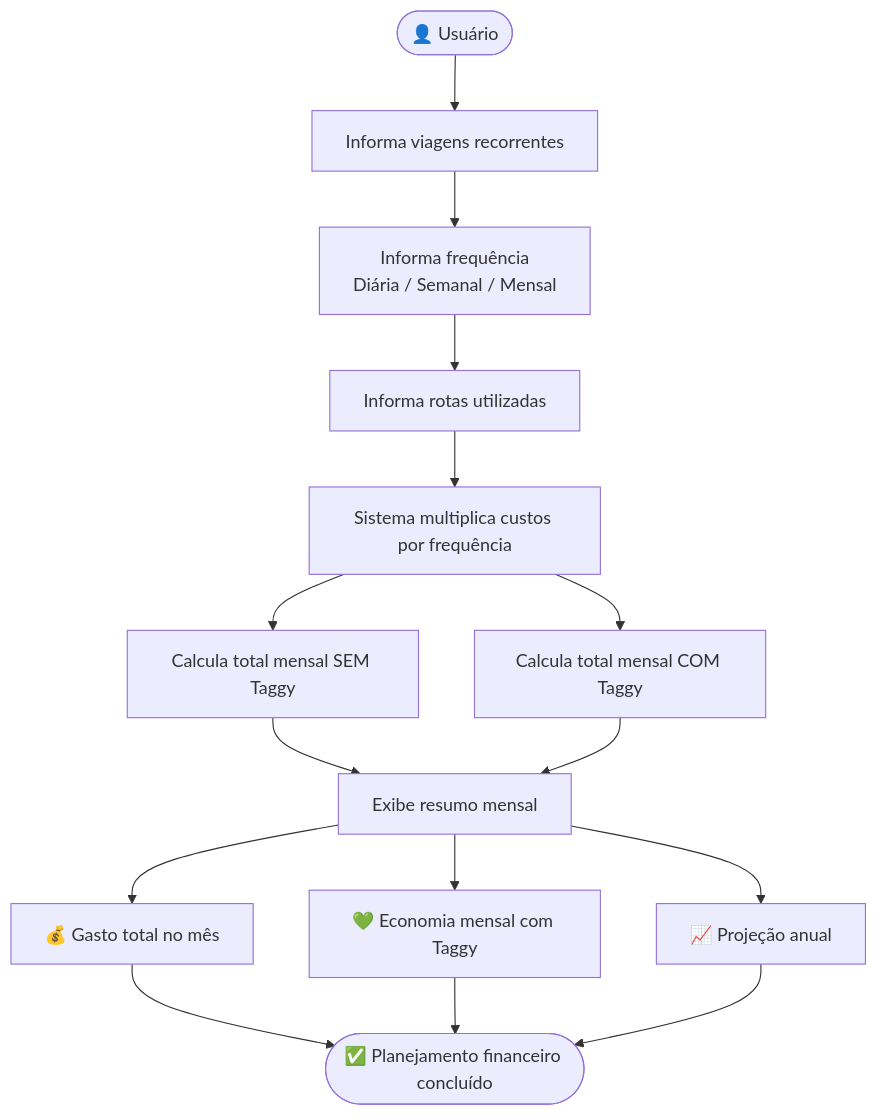
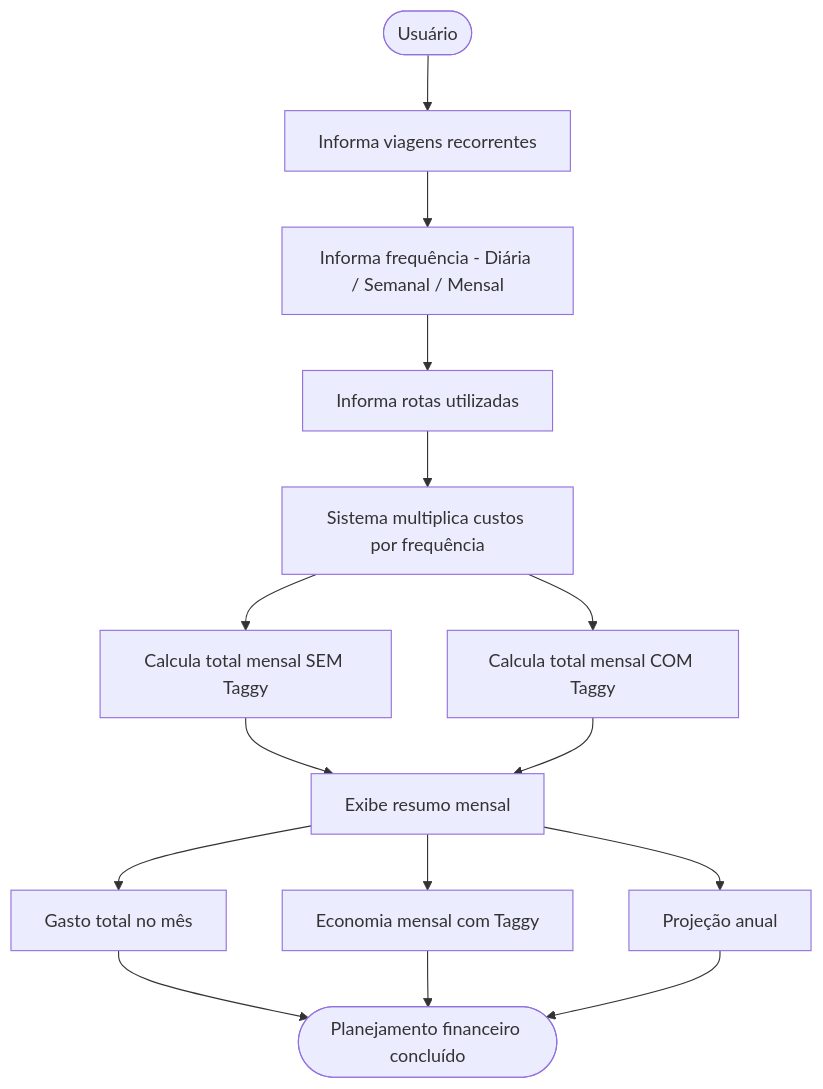
The fifth of 10 diagrams in README.md (gabriellucasknp/Carbon-Defuse), drawn with Mermaid before and after one commit. The commit also changed other lines of this file, not shown here.

Commit message:
Fix formatting and improve user story diagrams

````diff
--- a/README.md
+++ b/README.md
@@ -315,14 +315,14 @@
 ```mermaid
 flowchart TD
-    A([👤 Usuário]) --> B[Informa viagens recorrentes]
-    B --> C[Informa frequência\nDiária / Semanal / Mensal]
+    A([Usuário]) --> B[Informa viagens recorrentes]
+    B --> C[Informa frequência - Diária / Semanal / Mensal]
     C --> D[Informa rotas utilizadas]
     D --> E[Sistema multiplica custos por frequência]
     E --> F[Calcula total mensal SEM Taggy]
     E --> G[Calcula total mensal COM Taggy]
     F & G --> H[Exibe resumo mensal]
-    H --> I[💰 Gasto total no mês]
-    H --> J[💚 Economia mensal com Taggy]
-    H --> K[📈 Projeção anual]
-    I & J & K --> L([✅ Planejamento financeiro concluído])
+    H --> I[Gasto total no mês]
+    H --> J[Economia mensal com Taggy]
+    H --> K[Projeção anual]
+    I & J & K --> L([Planejamento financeiro concluído])
 ```
````
